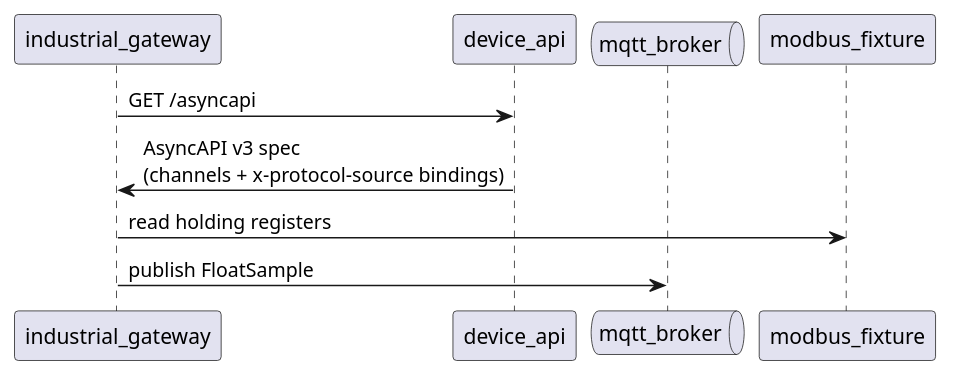
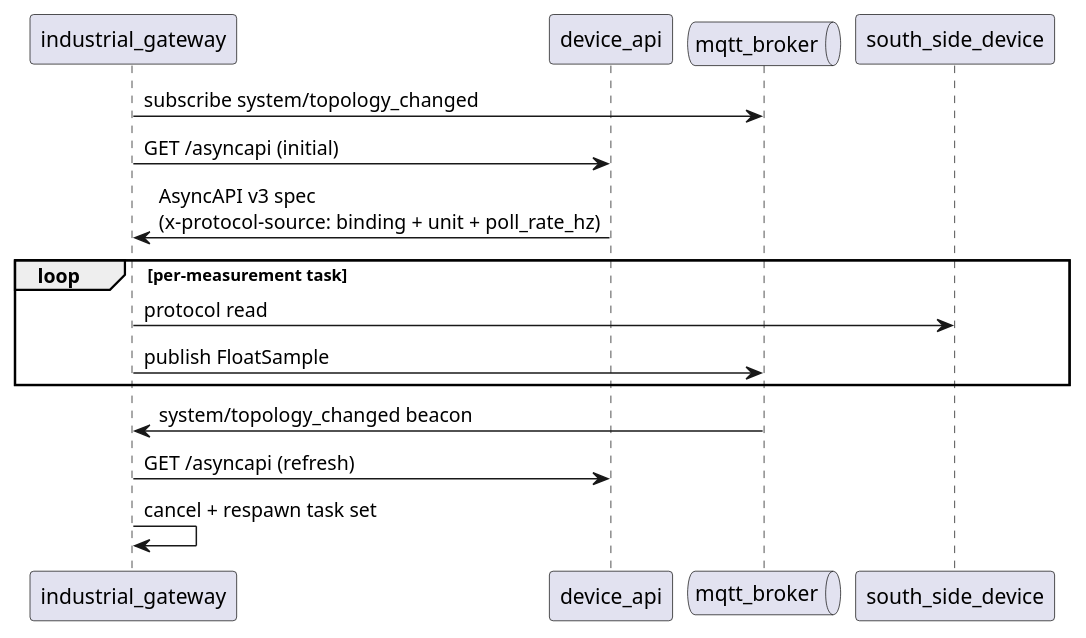
The diagram in readme.md (arcnode-io/ems-industrial-gateway), drawn with PlantUML before and after one commit. The commit also changed other lines of this file, not shown here.

First line of the commit message:
📝 docs: readme reflects ground truth — DTM-driven continuous gateway

````diff
--- a/readme.md
+++ b/readme.md
@@ -35,10 +52,18 @@
 ```plantuml
 participant industrial_gateway
 participant device_api
 queue mqtt_broker
 
-industrial_gateway -> device_api: GET /asyncapi
-device_api -> industrial_gateway: AsyncAPI v3 spec\n(channels + x-protocol-source bindings)
-industrial_gateway -> modbus_fixture: read holding registers
-industrial_gateway -> mqtt_broker: publish FloatSample
+industrial_gateway -> mqtt_broker: subscribe system/topology_changed
+industrial_gateway -> device_api: GET /asyncapi (initial)
+device_api -> industrial_gateway: AsyncAPI v3 spec\n(x-protocol-source: binding + unit + poll_rate_hz)
+
+loop per-measurement task
+  industrial_gateway -> south_side_device: protocol read
+  industrial_gateway -> mqtt_broker: publish FloatSample
+end
+
+mqtt_broker -> industrial_gateway: system/topology_changed beacon
+industrial_gateway -> device_api: GET /asyncapi (refresh)
+industrial_gateway -> industrial_gateway: cancel + respawn task set
 ```
````
